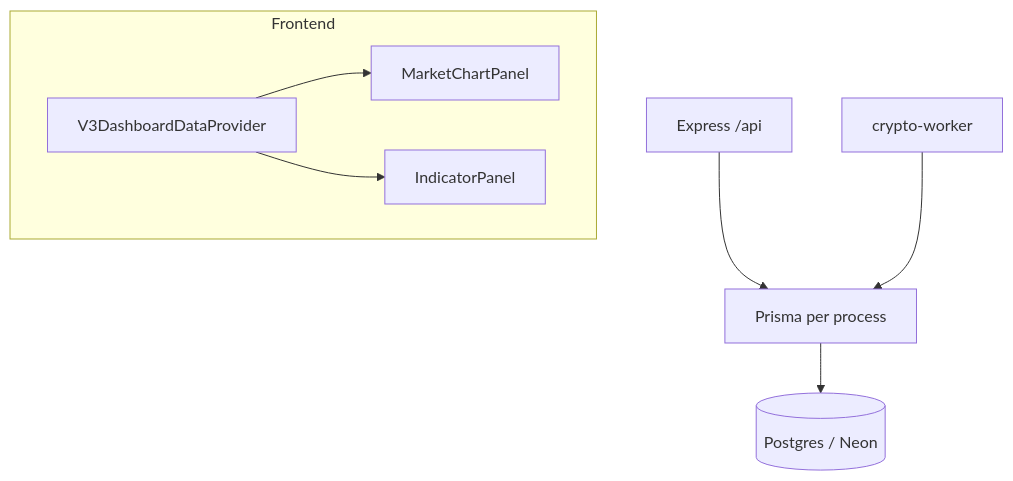
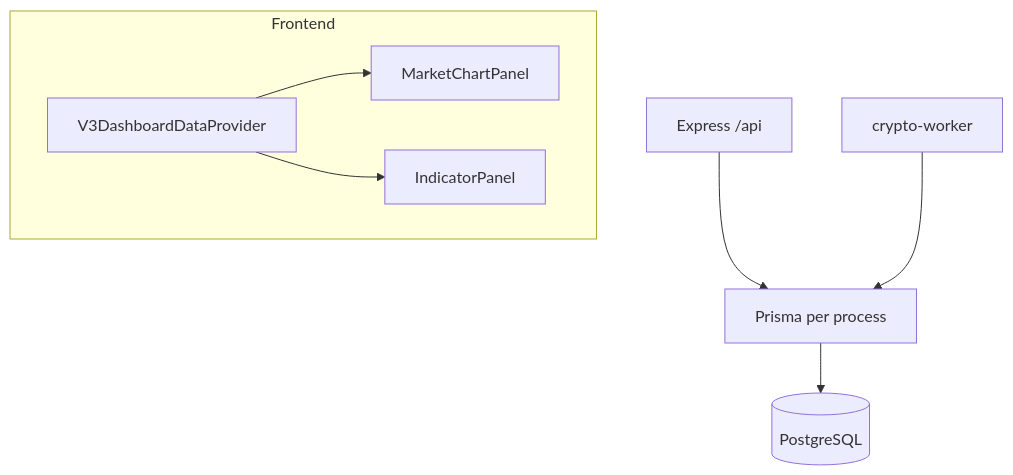
Before and after one commit to Huy289cb/chuyen-gia-crypto: the diagram in docs/vps-audit-fix-plan.md, drawn with Mermaid. The commit also changed other lines of this file and 20 other files, not shown here.

First line of the commit message:
refactor: update database references and documentation for PostgreSQL migration

````diff
--- a/docs/vps-audit-fix-plan.md
+++ b/docs/vps-audit-fix-plan.md
@@ -96,13 +96,13 @@
 ```mermaid
 flowchart TD
   subgraph frontend [Frontend]
     Provider[V3DashboardDataProvider]
     M1[MarketChartPanel]
     M2[IndicatorPanel]
     Provider --> M1
     Provider --> M2
   end
   API[Express /api] --> Prisma[Prisma per process]
   Worker[crypto-worker] --> Prisma
-  Prisma --> DB[(Postgres / Neon)]
+  Prisma --> DB[(PostgreSQL)]
 ```
````
